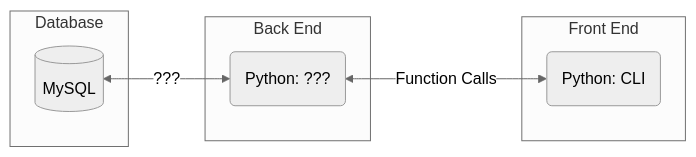
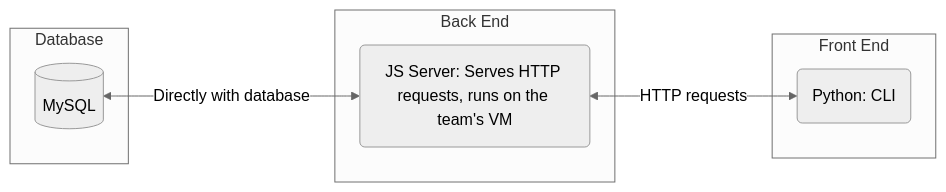
Before and after one commit to MrPotato53/Vending-Machine: the first of 3 diagrams in README.md, drawn with Mermaid (neutral theme). The commit also changed other lines of this file, not shown here.

Commit message:
Updated README with team name, tech stack structure, database layout, and flowchart of operation (essentially a state machine)

````diff
--- a/README.md
+++ b/README.md
@@ -25,17 +25,17 @@
 ```mermaid
 flowchart RL
 subgraph Front End
     A(Python: CLI)
 end
 	
 subgraph Back End
-    B(Python: ???)
+    B(JS Server: Serves HTTP requests, runs on the team's VM)
 end
 	
 subgraph Database
     C[(MySQL)]
 end
 
-A <-->|Function Calls| B
-B <-->|???| C
+A <-->|HTTP requests| B
+B <-->|Directly with database| C
 ```
````
